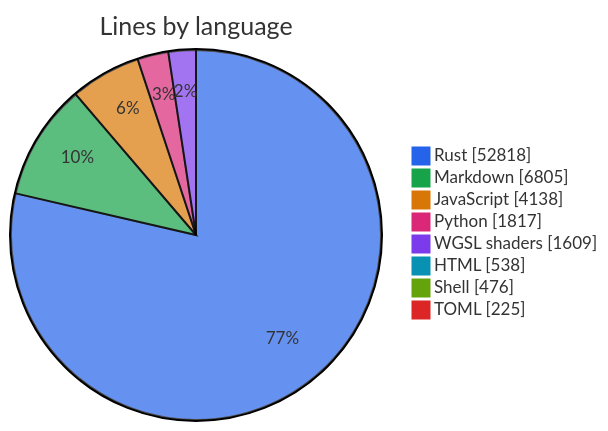
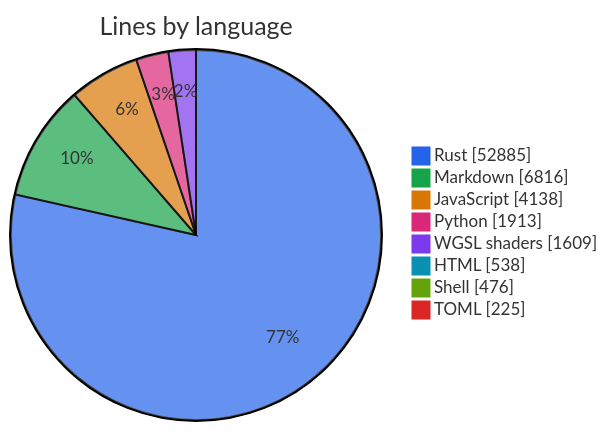
The first of 2 diagrams in metrics.md (thomascherickal/ferrum-gpu), drawn with Mermaid before and after one commit. The commit also changed other lines of this file and 14 other files, not shown here.

First line of the commit message:
hooks: the pre-commit hook also regenerates the readme's measured figures and missing documentation diagrams

````diff
--- a/metrics.md
+++ b/metrics.md
@@ -22,12 +22,12 @@
 ```mermaid
 %%{init: {"theme": "base", "themeVariables": {"pie1": "#2563eb", "pie2": "#16a34a", "pie3": "#d97706", "pie4": "#db2777", "pie5": "#7c3aed", "pie6": "#0891b2", "pie7": "#65a30d", "pie8": "#dc2626"}}}%%
 pie showData title Lines by language
-    "Rust" : 52818
-    "Markdown" : 6805
+    "Rust" : 52885
+    "Markdown" : 6816
     "JavaScript" : 4138
-    "Python" : 1817
+    "Python" : 1913
     "WGSL shaders" : 1609
     "HTML" : 538
     "Shell" : 476
     "TOML" : 225
 ```
````
